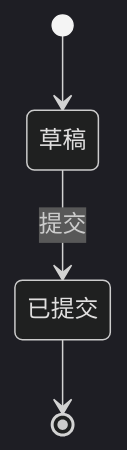
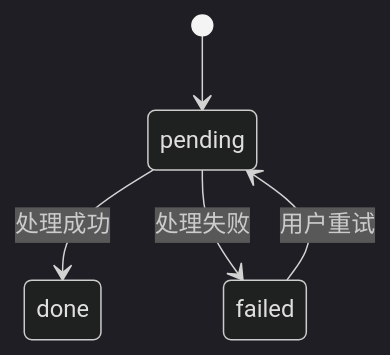
One commit to ql-link/LinkCV changed the second of 2 diagrams in .ai/skills/solution-generator/solution.template.md. Above: the diagram before and after it, drawn with Mermaid (dark theme). The commit also changed other lines of this file and 6 other files, not shown here.

````diff
--- a/.ai/skills/solution-generator/solution.template.md
+++ b/.ai/skills/solution-generator/solution.template.md
@@ -125,6 +182,7 @@
 ```mermaid
 stateDiagram-v2
-    [*] --> 草稿
-    草稿 --> 已提交: 提交
-    已提交 --> [*]
+    [*] --> pending
+    pending --> done: 处理成功
+    pending --> failed: 处理失败
+    failed --> pending: 用户重试
 ```
````
